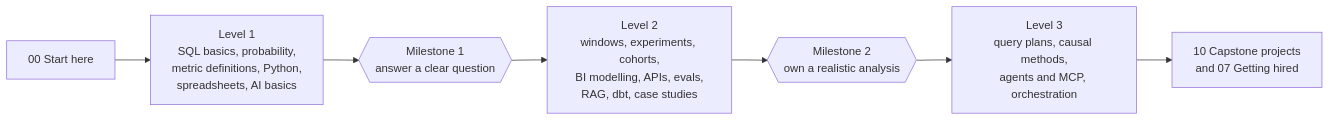
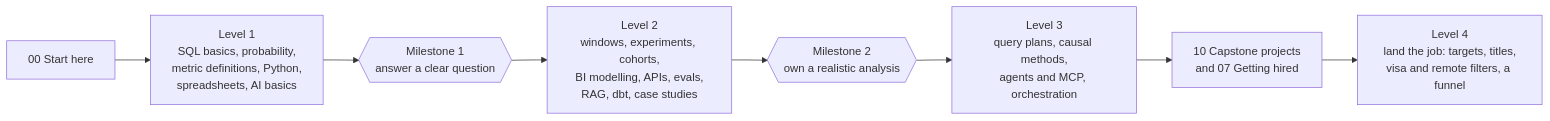
Before and after one commit to Ani19arya/analytics-from-scratch: the diagram in LEARNING_ROADMAP.md, drawn with Mermaid. The commit also changed other lines of this file and 5 other files, not shown here.

First line of the commit message:
Add Level 4 and phase 11 Land the job (planned)

````diff
--- a/LEARNING_ROADMAP.md
+++ b/LEARNING_ROADMAP.md
@@ -17,9 +18,10 @@
 ```mermaid
 flowchart LR
     S["00 Start here"] --> L1["Level 1<br/>SQL basics, probability,<br/>metric definitions, Python,<br/>spreadsheets, AI basics"]
     L1 --> M1{{"Milestone 1<br/>answer a clear question"}}
     M1 --> L2["Level 2<br/>windows, experiments, cohorts,<br/>BI modelling, APIs, evals,<br/>RAG, dbt, case studies"]
     L2 --> M2{{"Milestone 2<br/>own a realistic analysis"}}
     M2 --> L3["Level 3<br/>query plans, causal methods,<br/>agents and MCP, orchestration"]
     L3 --> C["10 Capstone projects<br/>and 07 Getting hired"]
+    C --> L4["Level 4<br/>land the job: targets, titles,<br/>visa and remote filters, a funnel"]
 ```
````
